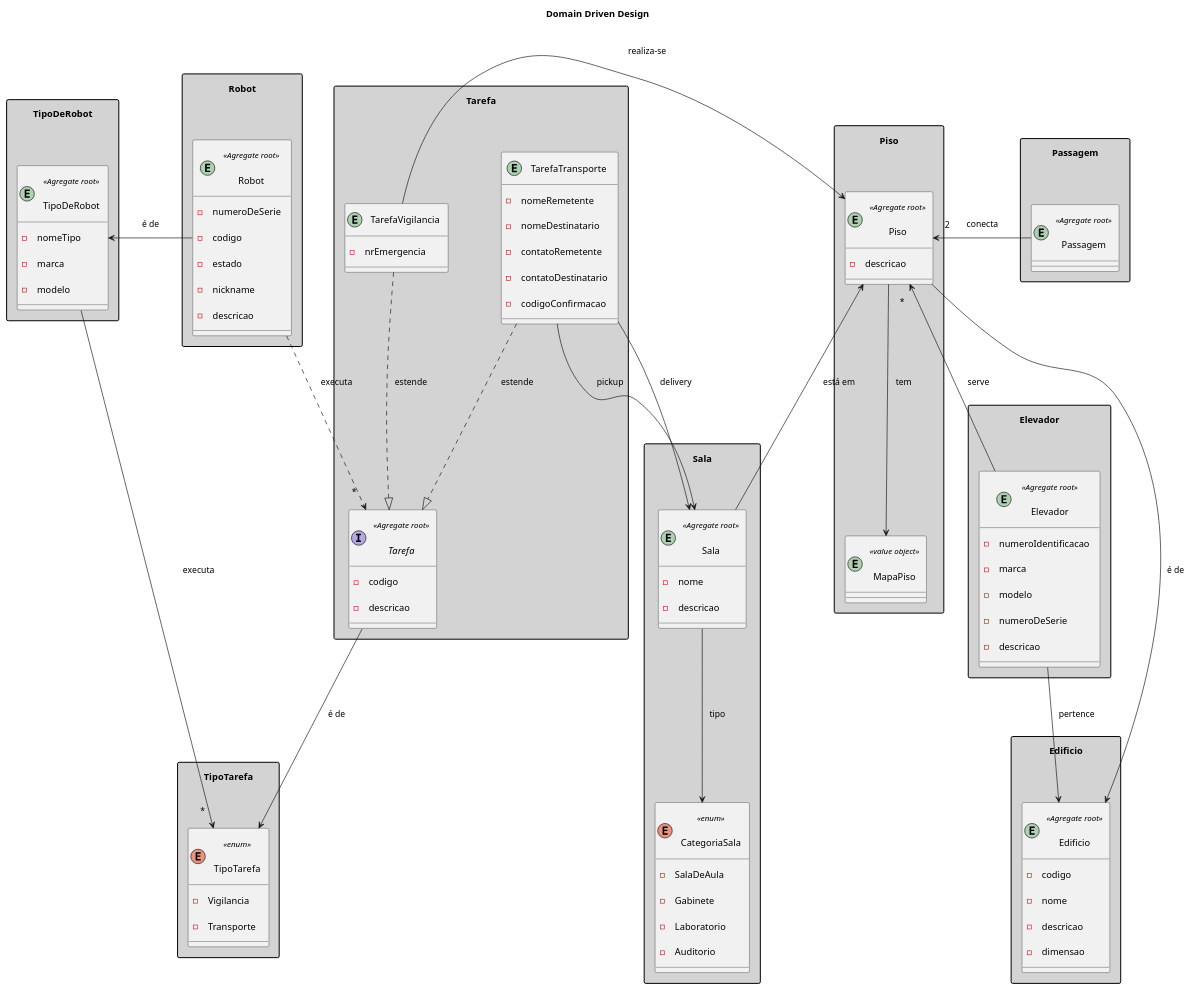
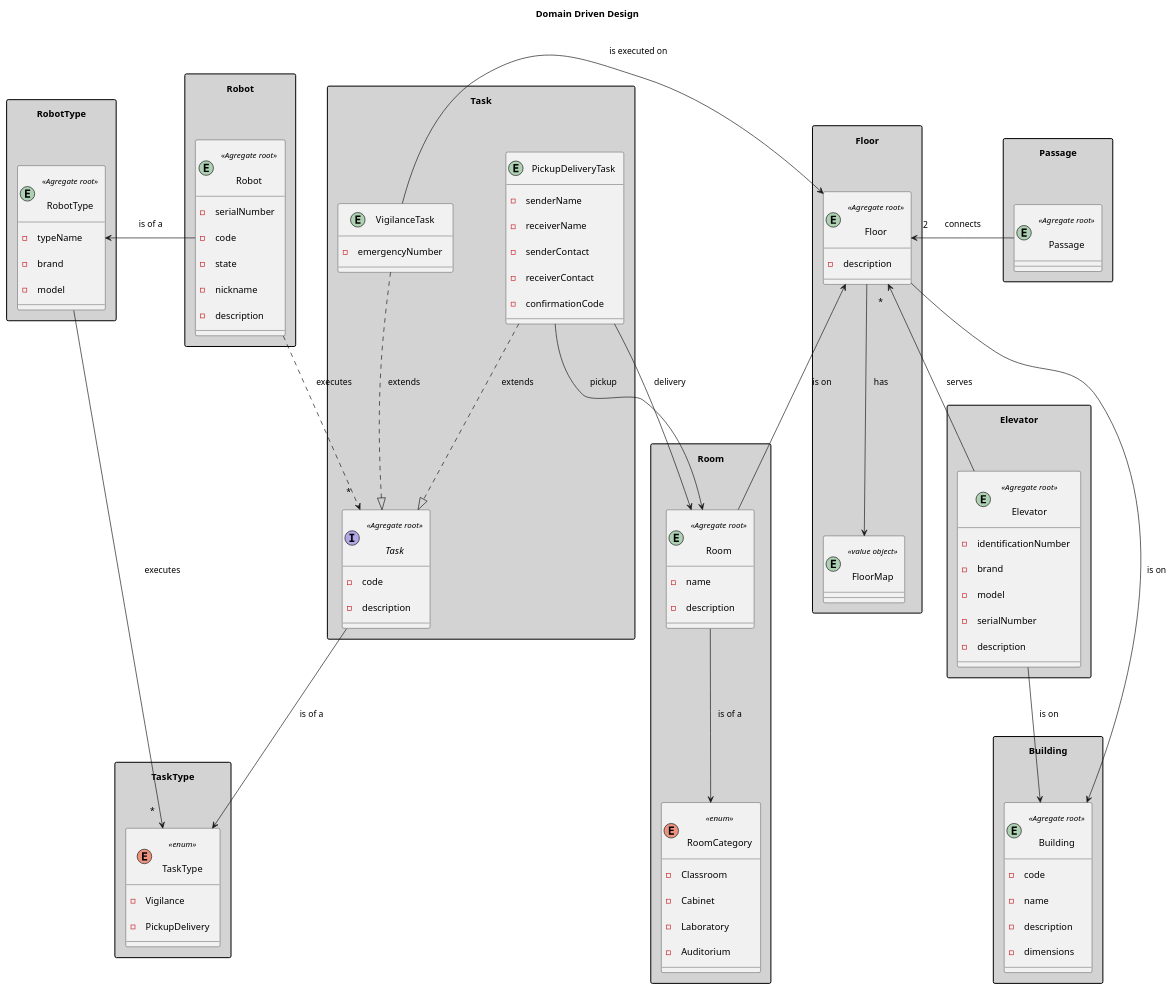
The diagram in docs/domainModel/ddd.puml (rpeir/LAPR5), drawn with PlantUML before and after one commit. The commit also changed 3 other files, not shown here.

```diff
--- a/docs/domainModel/ddd.puml
+++ b/docs/domainModel/ddd.puml
@@ -1,140 +1,140 @@
 @startuml Domain Driven Design
 
 title "Domain Driven Design"
 ' left to right direction
 ' top to bottom direction
 skinparam Padding 10
 skinparam Nodesep 80
 skinparam ranksep 100
 skinparam groupInheritance 1
 ' skinparam linetype ortho
 skinparam separation 1000
 skinparam NoteBackgroundColor #A9A9A9
 skinparam PackageStyle rectangle
 skinparam package {
     BackgroundColor #D3D3D3
     FontStyle bold
 }
 
 ' hide circle
 ' hide methods
 
 package Robot {
     entity Robot <<Agregate root>>{
-        -numeroDeSerie
-        -codigo
-        -estado
+        -serialNumber
+        -code
+        -state
         -nickname
-        -descricao
+        -description
     }
 }
 
-package TipoDeRobot {
-    entity TipoDeRobot <<Agregate root>> {
-        - nomeTipo
-        - marca
-        - modelo
+package RobotType {
+    entity RobotType <<Agregate root>> {
+        - typeName
+        - brand
+        - model
     }
 
 }
-package TipoTarefa {
-    enum TipoTarefa <<enum>> {
-        -Vigilancia
-        -Transporte
+package TaskType {
+    enum TaskType <<enum>> {
+        -Vigilance
+        -PickupDelivery
     }
 }
 
-package Tarefa {
-    interface Tarefa <<Agregate root>>{
-        - codigo
-        - descricao
+package Task {
+    interface Task <<Agregate root>> {
+        - code
+        - description
 
     }
 
-    entity TarefaVigilancia {
-        - nrEmergencia
+    entity VigilanceTask {
+        - emergencyNumber
     }
-    entity TarefaTransporte {
-        - nomeRemetente
-        - nomeDestinatario
-        - contatoRemetente
-        - contatoDestinatario
-        - codigoConfirmacao
+    entity PickupDeliveryTask {
+        - senderName
+        - receiverName
+        - senderContact
+        - receiverContact
+        - confirmationCode
     }
 }
 
-package Edificio{
-    entity Edificio <<Agregate root>>{
-        - codigo
-        - nome
-        - descricao
-        - dimensao
+package Building {
+    entity Building <<Agregate root>>{
+        - code
+        - name
+        - description
+        - dimensions
     }
 }
 
-package Piso{
-    entity Piso <<Agregate root>> {
-        - descricao
+package Floor{
+    entity Floor <<Agregate root>> {
+        - description
     }
 
-    entity MapaPiso <<value object>>
+    entity FloorMap <<value object>>
 
 }
 
-package Elevador {
-    entity Elevador <<Agregate root>> {
-        - numeroIdentificacao
-        - marca
-        - modelo
-        - numeroDeSerie
-        - descricao
+package Elevator {
+    entity Elevator <<Agregate root>> {
+        - identificationNumber
+        - brand
+        - model
+        - serialNumber
+        - description
       }
 }
 
-package Sala{
-    Entity Sala <<Agregate root>> {
-        - nome
-        - descricao
+package Room{
+    entity Room <<Agregate root>> {
+        - name
+        - description
     }
 
-    enum CategoriaSala <<enum>>{
-            - SalaDeAula
-            - Gabinete
-            - Laboratorio
-            - Auditorio
+    enum RoomCategory <<enum>>{
+            - Classroom
+            - Cabinet
+            - Laboratory
+            - Auditorium
     }
 }
 
-package Passagem{
-    entity Passagem <<Agregate root>>{
+package Passage {
+    entity Passage <<Agregate root>>{
     }
 }
 
-Tarefa.TarefaVigilancia ..|> Tarefa.Tarefa: estende
-Tarefa.TarefaTransporte ..|> Tarefa.Tarefa: estende
+Task.VigilanceTask ..|> Task.Task: extends
+Task.PickupDeliveryTask ..|> Task.Task: extends
 
-Sala.Sala --> CategoriaSala: tipo
+Room.Room --> RoomCategory: is of a
 
-TipoDeRobot.TipoDeRobot --> "*" TipoTarefa.TipoTarefa: executa
+RobotType.RobotType --> "*" TaskType.TaskType: executes
 
-Piso.Piso --> Edificio.Edificio: é de
-Piso.Piso "*" <-- Elevador.Elevador : serve
-Piso.Piso <-- Sala.Sala: está em
-Piso.Piso --> Piso.MapaPiso: tem
+Floor.Floor --> Building.Building: is on
+Floor.Floor "*" <-- Elevator.Elevator : serves
+Floor.Floor <-- Room.Room: is on
+Floor.Floor --> Floor.FloorMap: has
 
-Elevador.Elevador --> Edificio.Edificio: pertence
+Elevator.Elevator --> Building.Building: is on
 
-Tarefa.TarefaTransporte -> Sala.Sala: delivery
-Tarefa.TarefaTransporte -> Sala.Sala: pickup
+Task.PickupDeliveryTask -> Room.Room: delivery
+Task.PickupDeliveryTask -> Room.Room: pickup
 
-Tarefa.TarefaVigilancia -> Piso.Piso: realiza-se
+Task.VigilanceTask -> Floor.Floor: is executed on
 
-Passagem.Passagem -> "2" Piso.Piso: conecta
+Passage.Passage -> "2" Floor.Floor: connects
 
-Robot.Robot -> TipoDeRobot.TipoDeRobot : é de
+Robot.Robot -> RobotType.RobotType : is of a
 
-Tarefa.Tarefa --> TipoTarefa.TipoTarefa : é de
+Task.Task --> TaskType.TaskType : is of a
 
-Robot.Robot ..> "*" Tarefa.Tarefa : executa
+Robot.Robot ..> "*" Task.Task : executes
 
 @enduml
```
